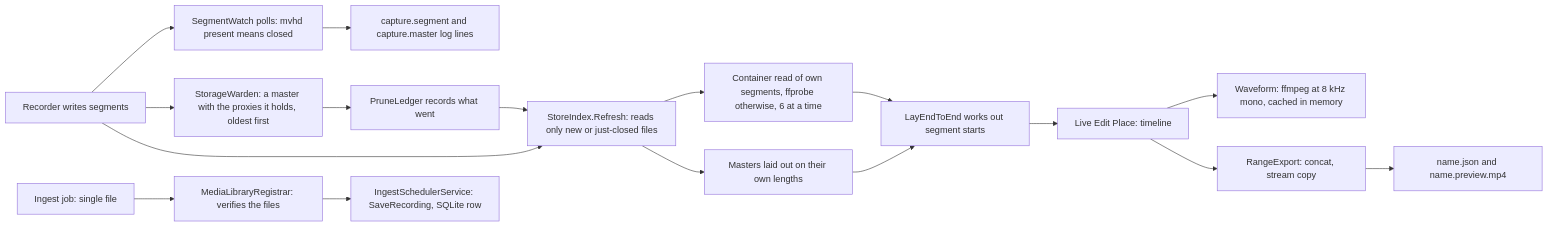
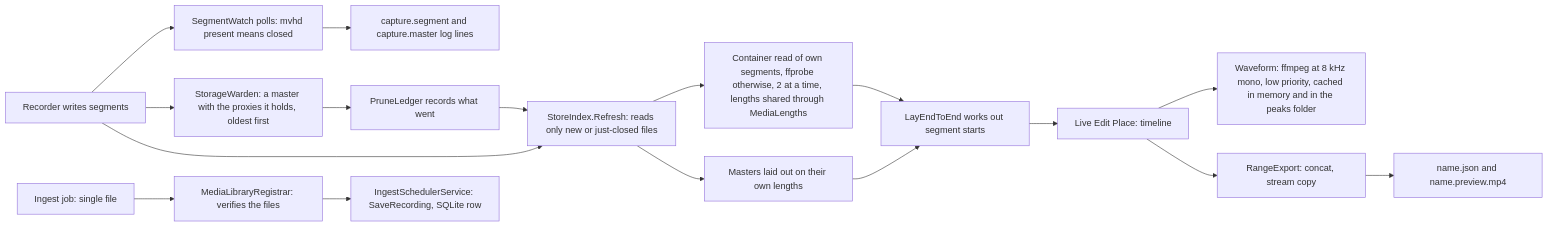
Before and after one commit to MdelarosaArcX/Emerald-EDL-Ingest: the third of 3 diagrams in DOCUMENTATION/05_MEDIA_PROCESSING.md, drawn with Mermaid. The commit also changed other lines of this file and 72 other files, not shown here.

````diff
--- a/DOCUMENTATION/05_MEDIA_PROCESSING.md
+++ b/DOCUMENTATION/05_MEDIA_PROCESSING.md
@@ -407,19 +427,19 @@
 ```mermaid
 flowchart LR
     Rec["Recorder writes segments"] --> Watch["SegmentWatch polls: mvhd present means closed"]
     Watch --> LogSeg["capture.segment and capture.master log lines"]
     Rec --> Warden["StorageWarden: a master with the proxies it holds, oldest first"]
     Warden --> Ledger["PruneLedger records what went"]
     Rec --> List["StoreIndex.Refresh: reads only new or just-closed files"]
     Ledger --> List
-    List --> Probe["Container read of own segments, ffprobe otherwise, 6 at a time"]
+    List --> Probe["Container read of own segments, ffprobe otherwise, 2 at a time, lengths shared through MediaLengths"]
     List --> Pair["Masters laid out on their own lengths"]
     Probe --> Starts["LayEndToEnd works out segment starts"]
     Pair --> Starts
     Starts --> Place["Live Edit Place: timeline"]
-    Place --> Wave["Waveform: ffmpeg at 8 kHz mono, cached in memory"]
+    Place --> Wave["Waveform: ffmpeg at 8 kHz mono, low priority, cached in memory and in the peaks folder"]
     Place --> Export["RangeExport: concat, stream copy"]
     Export --> Sidecar["name.json and name.preview.mp4"]
     Ingest["Ingest job: single file"] --> Reg["MediaLibraryRegistrar: verifies the files"]
     Reg --> Row["IngestSchedulerService: SaveRecording, SQLite row"]
 ```
````
